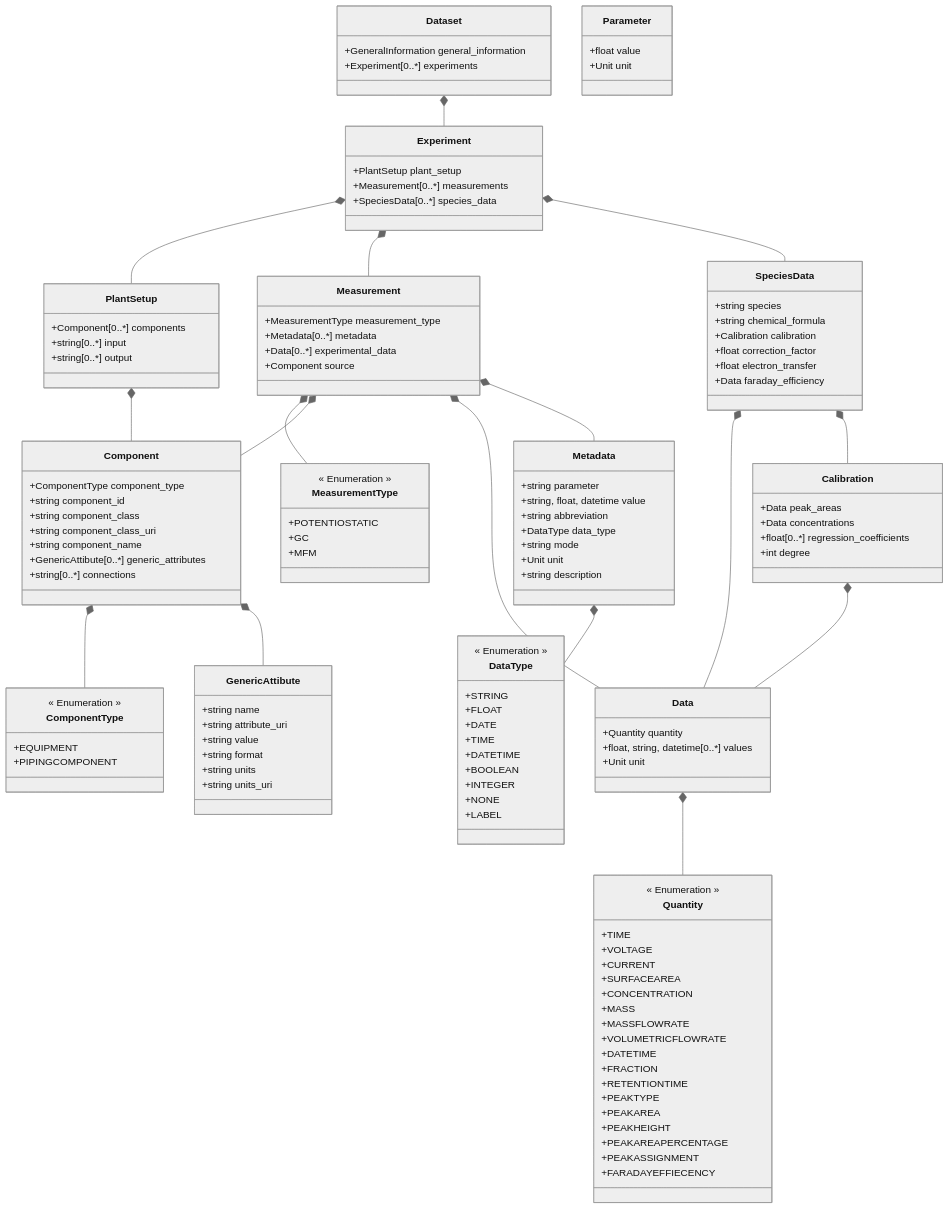
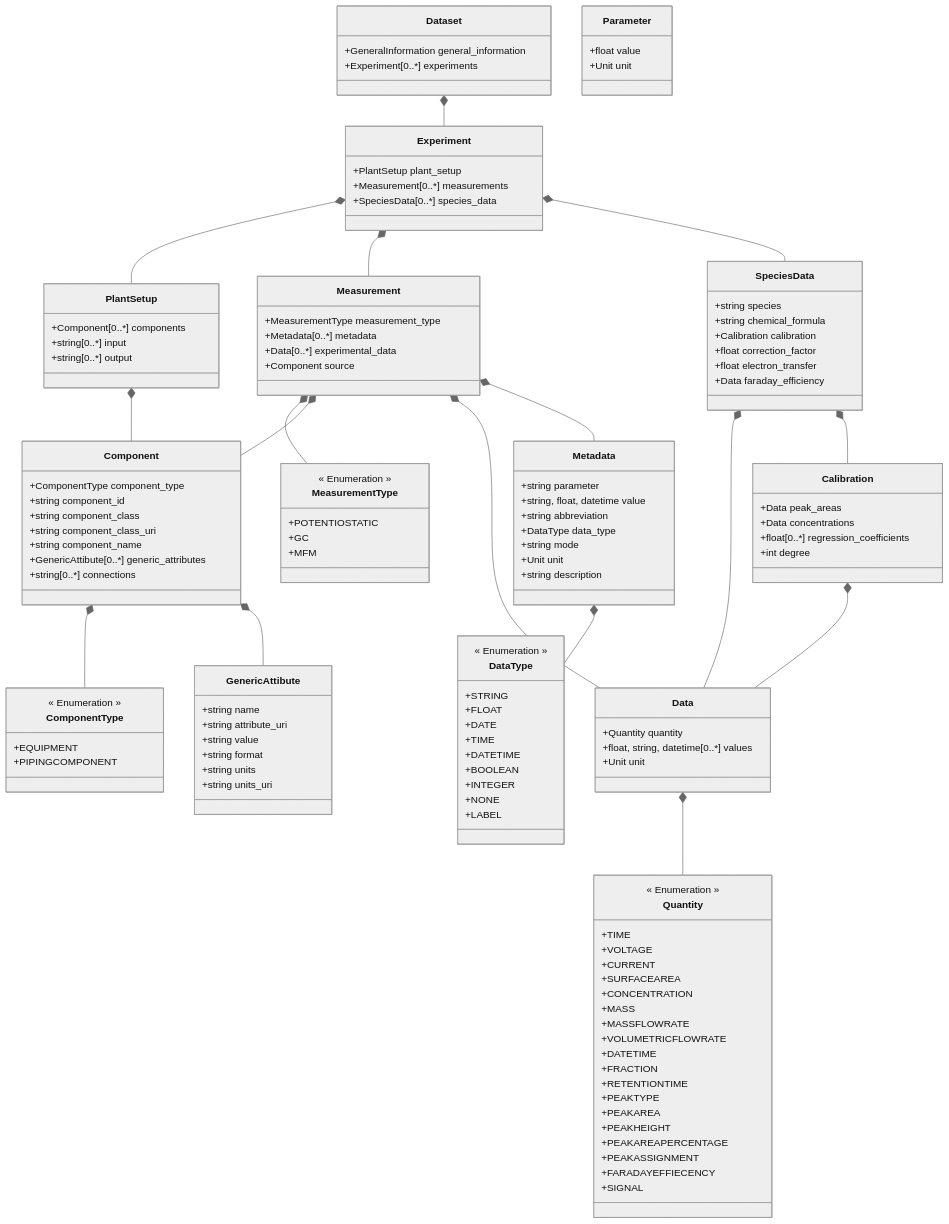
The diagram in FAIRFlowChemistry/schemes/fairflowchemistry_schema.md (FAIRChemistry/FAIRFlow), drawn with Mermaid (neutral theme) before and after one commit. The commit also changed 12 other files, not shown here.

```diff
--- a/FAIRFlowChemistry/schemes/fairflowchemistry_schema.md
+++ b/FAIRFlowChemistry/schemes/fairflowchemistry_schema.md
@@ -135,6 +135,7 @@
         +PEAKAREAPERCENTAGE
         +PEAKASSIGNMENT
         +FARADAYEFFIECENCY
+        +SIGNAL
     }
     
     class MeasurementType {
```
